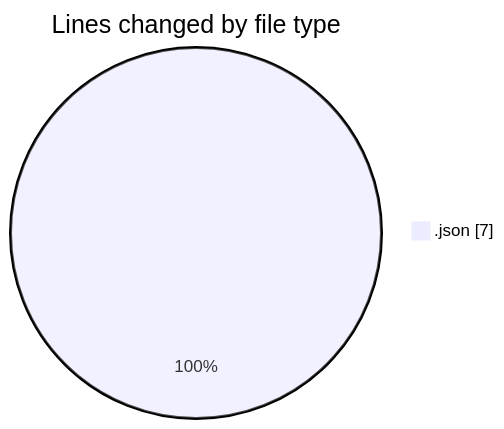
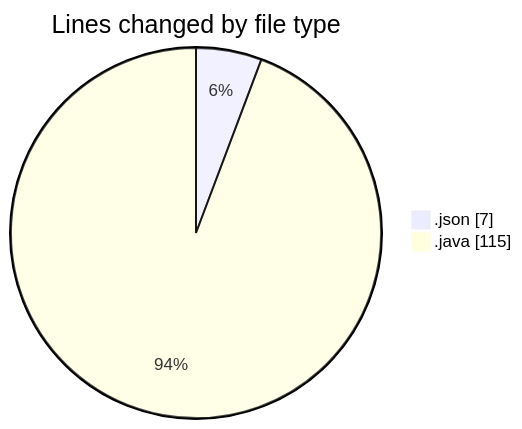
The first of 2 diagrams in 2026-09-15/cilapp/README.md (ricardozamudiocil/code-tracking), drawn with Mermaid before and after one commit. The commit also changed other lines of this file and 1 other file, not shown here.

````diff
--- a/2026-09-15/cilapp/README.md
+++ b/2026-09-15/cilapp/README.md
@@ -20,5 +22,6 @@
 ```mermaid
 pie showData
 title Lines changed by file type
 ".json" : 7
+".java" : 115
 ```
````
